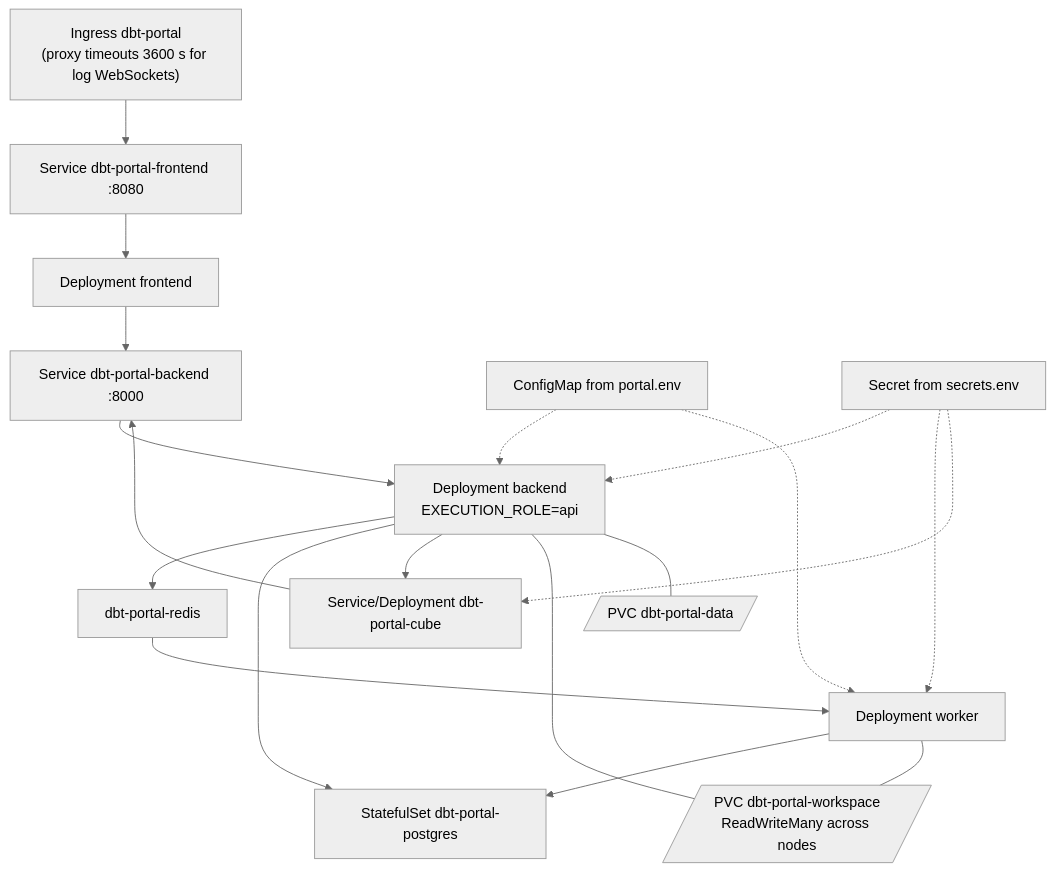
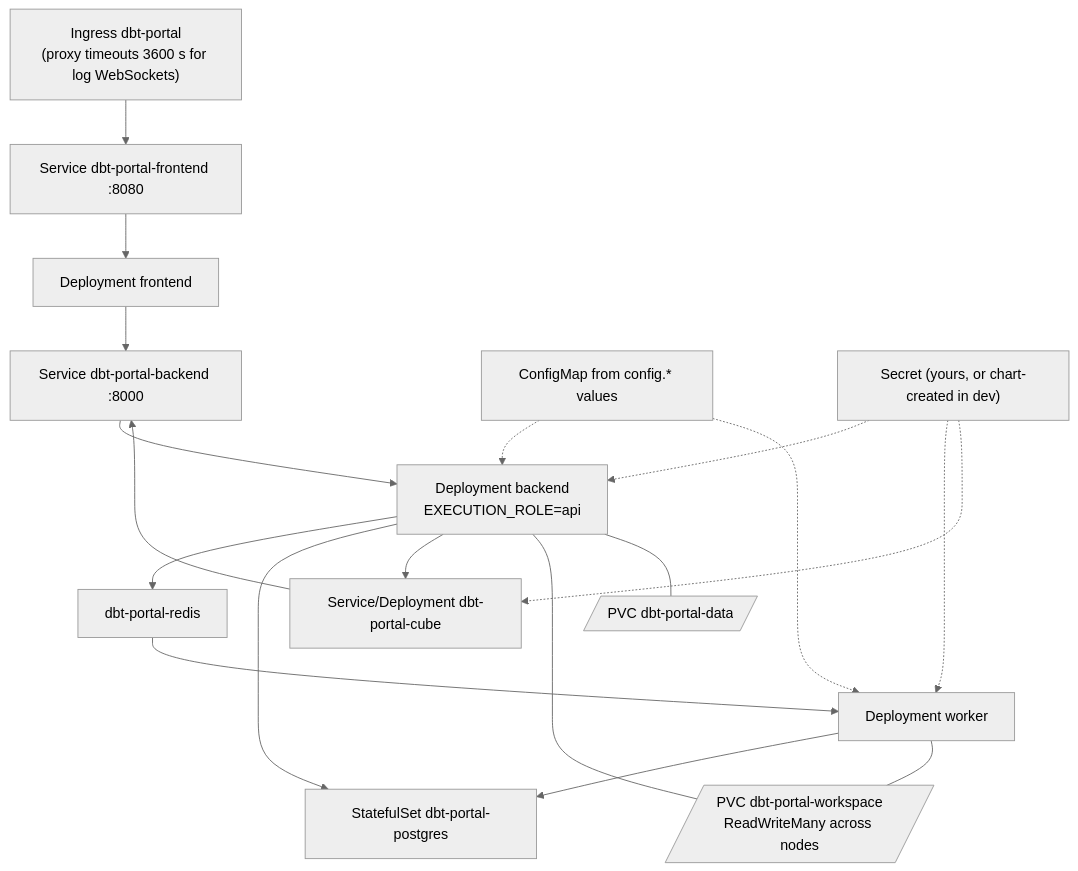
The fifth of 8 diagrams in docs/DEVELOPER_GUIDE.md (omaryehia015/capgemini-dbt-portal-deploy), drawn with Mermaid (neutral theme) before and after one commit. The commit also changed other lines of this file and 88 other files, not shown here.

Commit message:
Add client install modes, Helm chart, OCI chart and release automation

````diff
--- a/docs/DEVELOPER_GUIDE.md
+++ b/docs/DEVELOPER_GUIDE.md
@@ -125,18 +163,18 @@
 ```mermaid
 flowchart TB
   ING["Ingress dbt-portal<br/>(proxy timeouts 3600 s for log WebSockets)"] --> FES["Service dbt-portal-frontend :8080"]
   FES --> FED["Deployment frontend"]
   FED --> BES["Service dbt-portal-backend :8000"]
   BES --> BED["Deployment backend<br/>EXECUTION_ROLE=api"]
   BED --> RDS["dbt-portal-redis"]
   RDS --> WKD["Deployment worker"]
   BED --> PGS["StatefulSet dbt-portal-postgres"]
   WKD --> PGS
   BED --> CUS["Service/Deployment dbt-portal-cube"]
   CUS --> BES
   BED --- WSV[/"PVC dbt-portal-workspace<br/>ReadWriteMany across nodes"/]
   WKD --- WSV
   BED --- DPV[/"PVC dbt-portal-data"/]
-  CM["ConfigMap from portal.env"] -.-> BED & WKD
-  SEC["Secret from secrets.env"] -.-> BED & WKD & CUS
+  CM["ConfigMap from config.* values"] -.-> BED & WKD
+  SEC["Secret (yours, or chart-created in dev)"] -.-> BED & WKD & CUS
 ```
````
